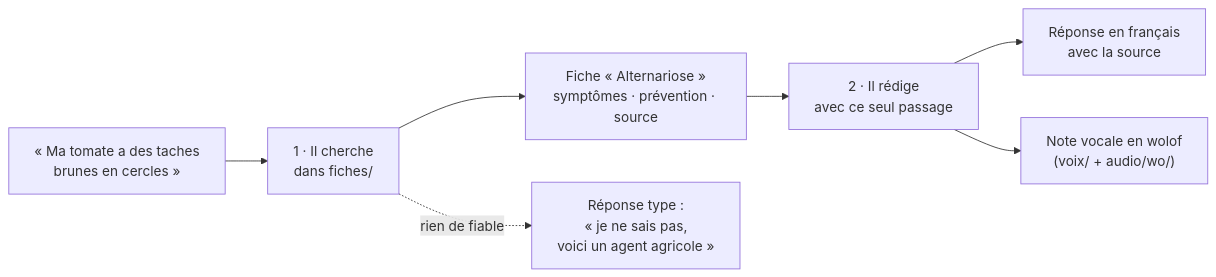
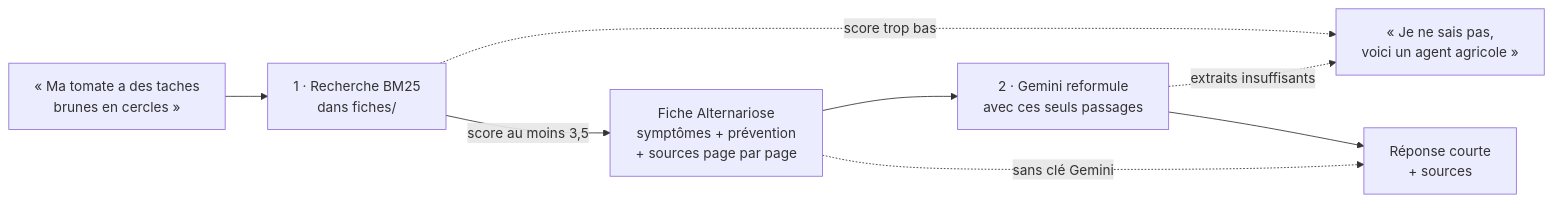
One commit to Oscar-AS/Terramind changed the diagram in content/README.md. Above: the diagram before and after it, drawn with Mermaid. The commit also changed other lines of this file and 14 other files, not shown here.

````diff
--- a/content/README.md
+++ b/content/README.md
@@ -15,9 +15,10 @@
 ```mermaid
 flowchart LR
-    Q["« Ma tomate a des taches<br/>brunes en cercles »"] --> C["1 · Il cherche<br/>dans fiches/"]
-    C --> F["Fiche « Alternariose »<br/>symptômes · prévention · source"]
-    F --> R["2 · Il rédige<br/>avec ce seul passage"]
-    R --> FR["Réponse en français<br/>avec la source"]
-    R --> WO["Note vocale en wolof<br/>(voix/ + audio/wo/)"]
-    C -. "rien de fiable" .-> T["Réponse type :<br/>« je ne sais pas,<br/>voici un agent agricole »"]
+    Q["« Ma tomate a des taches<br/>brunes en cercles »"] --> C["1 · Recherche BM25<br/>dans fiches/"]
+    C -->|"score au moins 3,5"| F["Fiche Alternariose<br/>symptômes + prévention<br/>+ sources page par page"]
+    C -. "score trop bas" .-> N["« Je ne sais pas,<br/>voici un agent agricole »"]
+    F --> G["2 · Gemini reformule<br/>avec ces seuls passages"]
+    G -. "extraits insuffisants" .-> N
+    G --> R["Réponse courte<br/>+ sources"]
+    F -. "sans clé Gemini" .-> R
 ```
````
